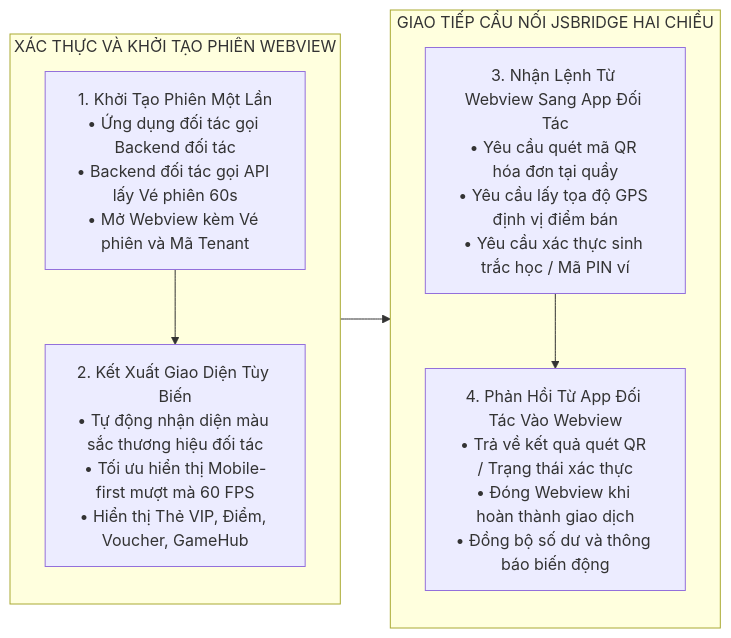
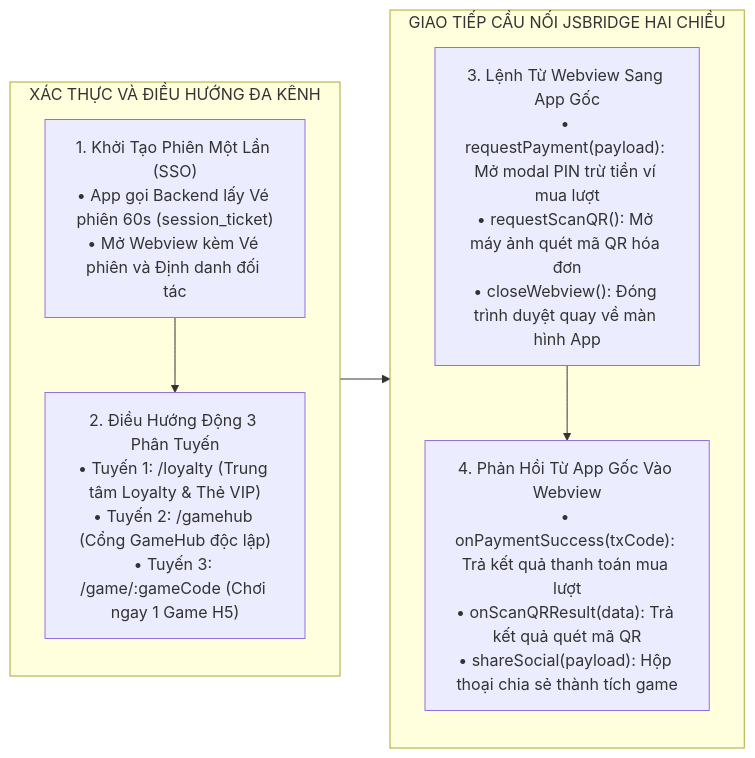
Before and after one commit to chapisoft/micro-loyalty: the third of 8 diagrams in plan/production_plan.md, drawn with Mermaid. The commit also changed other lines of this file and 25 other files, not shown here.

````diff
--- a/plan/production_plan.md
+++ b/plan/production_plan.md
@@ -104,18 +106,18 @@
 ```mermaid
 flowchart LR
-    subgraph S_WV_AUTH ["XÁC THỰC VÀ KHỞI TẠO PHIÊN WEBVIEW"]
+    subgraph S_WV_AUTH ["XÁC THỰC VÀ ĐIỀU HƯỚNG ĐA KÊNH"]
         direction TB
-        WV_TOKEN["1. Khởi Tạo Phiên Một Lần<br/>• Ứng dụng đối tác gọi Backend đối tác<br/>• Backend đối tác gọi API lấy Vé phiên 60s<br/>• Mở Webview kèm Vé phiên và Mã Tenant"]
-        WV_RENDER["2. Kết Xuất Giao Diện Tùy Biến<br/>• Tự động nhận diện màu sắc thương hiệu đối tác<br/>• Tối ưu hiển thị Mobile-first mượt mà 60 FPS<br/>• Hiển thị Thẻ VIP, Điểm, Voucher, GameHub"]
-        WV_TOKEN --> WV_RENDER
+        WV_TOKEN["1. Khởi Tạo Phiên Một Lần (SSO)<br/>• App gọi Backend lấy Vé phiên 60s (session_ticket)<br/>• Mở Webview kèm Vé phiên và Định danh đối tác"]
+        WV_ROUTE["2. Điều Hướng Động 3 Phân Tuyến<br/>• Tuyến 1: /loyalty (Trung tâm Loyalty & Thẻ VIP)<br/>• Tuyến 2: /gamehub (Cổng GameHub độc lập)<br/>• Tuyến 3: /game/:gameCode (Chơi ngay 1 Game H5)"]
+        WV_TOKEN --> WV_ROUTE
     end
 
     subgraph S_WV_BRIDGE ["GIAO TIẾP CẦU NỐI JSBRIDGE HAI CHIỀU"]
         direction TB
-        WV_JS_IN["3. Nhận Lệnh Từ Webview Sang App Đối Tác<br/>• Yêu cầu quét mã QR hóa đơn tại quầy<br/>• Yêu cầu lấy tọa độ GPS định vị điểm bán<br/>• Yêu cầu xác thực sinh trắc học / Mã PIN ví"]
-        WV_JS_OUT["4. Phản Hồi Từ App Đối Tác Vào Webview<br/>• Trả về kết quả quét QR / Trạng thái xác thực<br/>• Đóng Webview khi hoàn thành giao dịch<br/>• Đồng bộ số dư và thông báo biến động"]
+        WV_JS_IN["3. Lệnh Từ Webview Sang App Gốc<br/>• requestPayment(payload): Mở modal PIN trừ tiền ví mua lượt<br/>• requestScanQR(): Mở máy ảnh quét mã QR hóa đơn<br/>• closeWebview(): Đóng trình duyệt quay về màn hình App"]
+        WV_JS_OUT["4. Phản Hồi Từ App Gốc Vào Webview<br/>• onPaymentSuccess(txCode): Trả kết quả thanh toán mua lượt<br/>• onScanQRResult(data): Trả kết quả quét mã QR<br/>• shareSocial(payload): Hộp thoại chia sẻ thành tích game"]
         WV_JS_IN --> WV_JS_OUT
     end
 
-    WV_RENDER --> WV_JS_IN
+    WV_ROUTE --> WV_JS_IN
 ```
````
